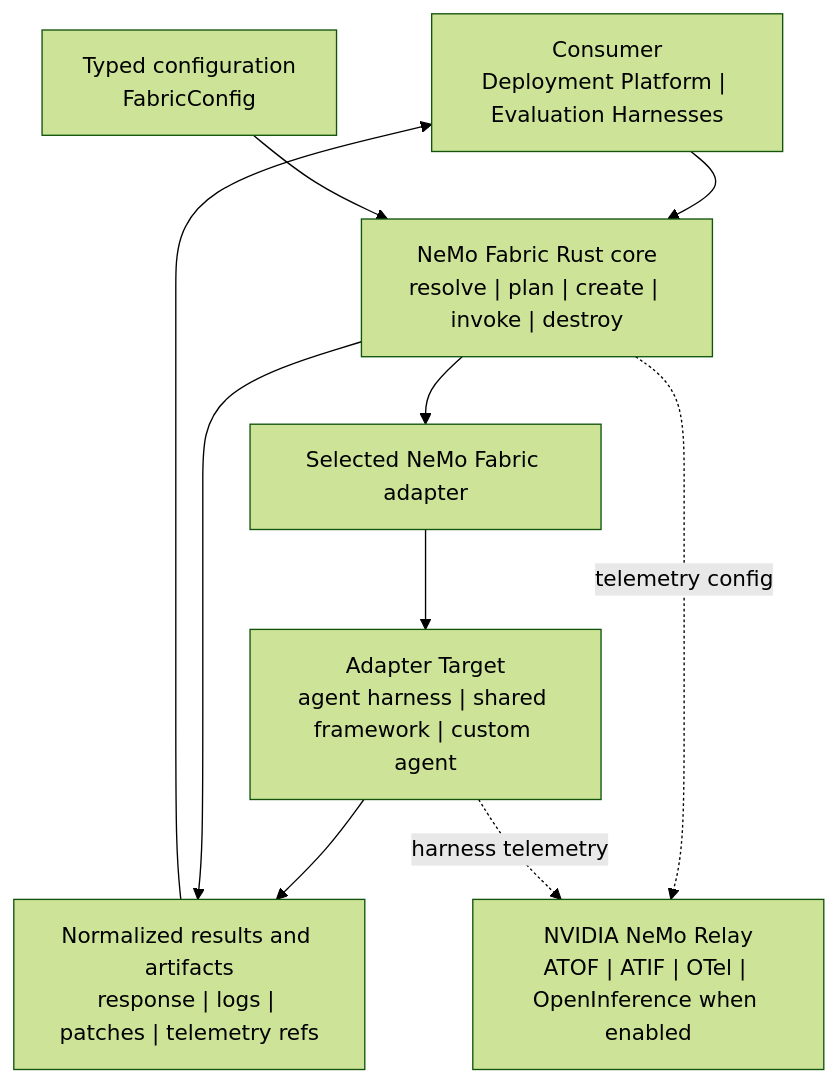
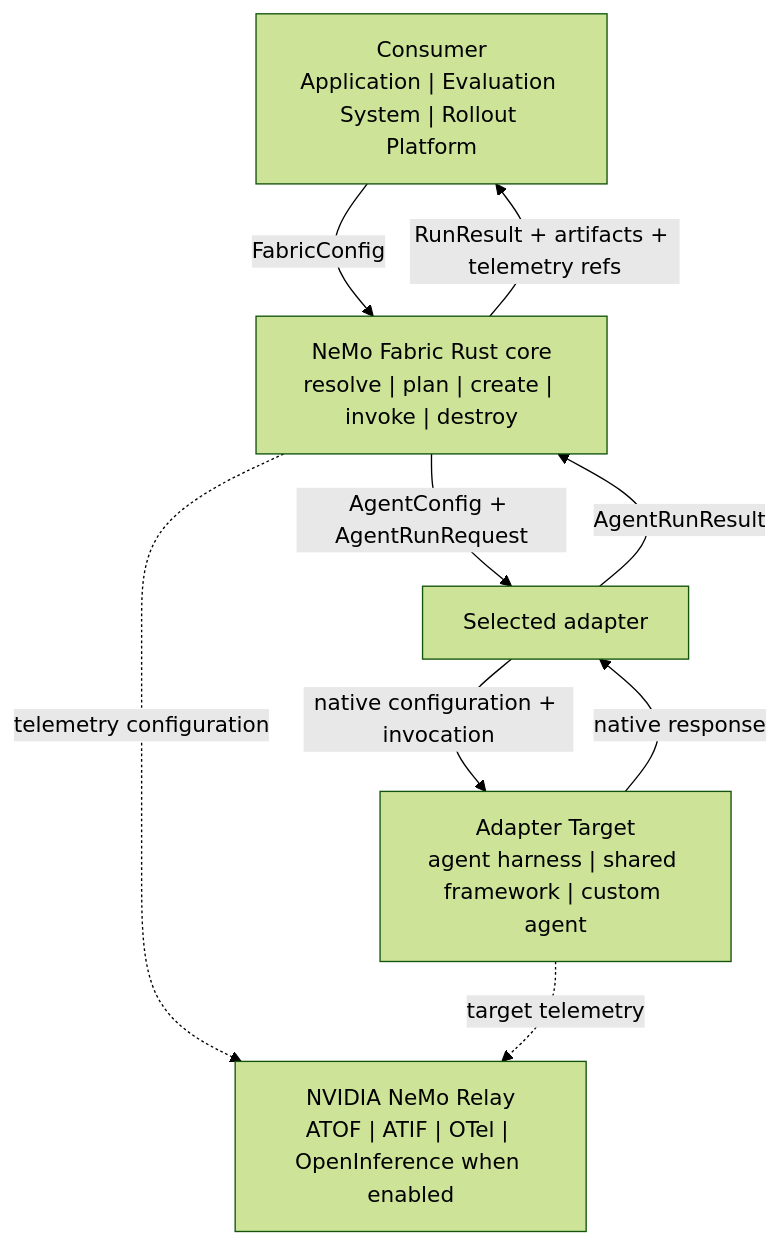
Before and after one commit to AnuradhaKaruppiah/NeMo-Fabric: the diagram in README.md, drawn with Mermaid (forest theme). The commit also changed other lines of this file, not shown here.

Commit message:
docs: clarify adapter overview and roadmap

````diff
--- a/README.md
+++ b/README.md
@@ -249,20 +46,17 @@
 ```mermaid
 flowchart TB
-  Consumer["Consumer\nDeployment Platform | Evaluation Harnesses"]
-  Config["Typed configuration\nFabricConfig"]
+  Consumer["Consumer\nApplication | Evaluation System | Rollout Platform"]
   Core["NeMo Fabric Rust core\nresolve | plan | create | invoke | destroy"]
-  Adapter["Selected NeMo Fabric adapter"]
-  Harness["Adapter Target\nagent harness | shared framework | custom agent"]
-  Artifacts["Normalized results and artifacts\nresponse | logs | patches | telemetry refs"]
+  Adapter["Selected adapter"]
+  Target["Adapter Target\nagent harness | shared framework | custom agent"]
   Relay["NVIDIA NeMo Relay\nATOF | ATIF | OTel | OpenInference when enabled"]
 
-  Consumer --> Core
-  Config --> Core
-  Core --> Adapter
-  Adapter --> Harness
-  Harness --> Artifacts
-  Core --> Artifacts
-  Artifacts --> Consumer
-  Core -. telemetry config .-> Relay
-  Harness -. harness telemetry .-> Relay
+  Consumer -->|FabricConfig| Core
+  Core -->|AgentConfig + AgentRunRequest| Adapter
+  Adapter -->|native configuration + invocation| Target
+  Target -->|native response| Adapter
+  Adapter -->|AgentRunResult| Core
+  Core -->|RunResult + artifacts + telemetry refs| Consumer
+  Core -. telemetry configuration .-> Relay
+  Target -. target telemetry .-> Relay
 ```
````
